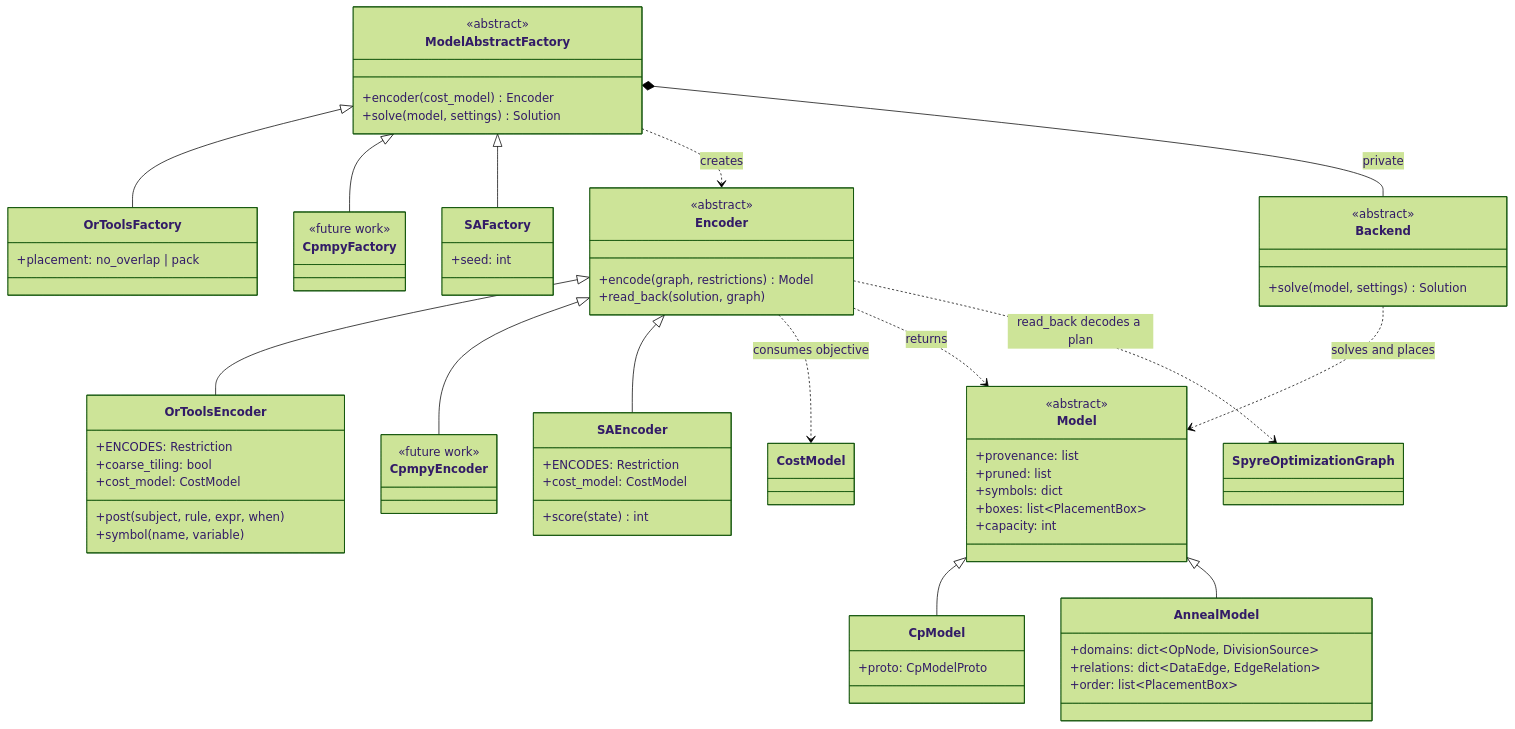
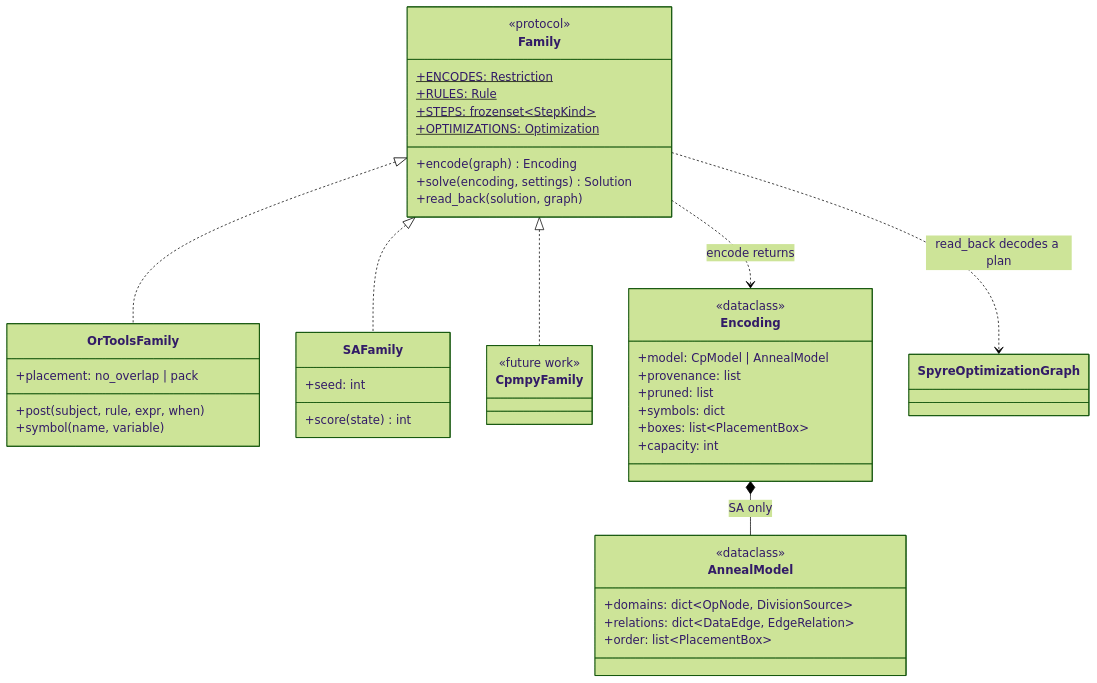
The fifth of 6 diagrams in plans/lx-allocator.md (spectre-ns/spyre-roadmap), drawn with Mermaid (forest theme) before and after one commit. The commit also changed other lines of this file, not shown here.

````diff
--- a/plans/lx-allocator.md
+++ b/plans/lx-allocator.md
@@ -400,76 +390,50 @@
 ```mermaid
 classDiagram
     direction TB
 
-    class ModelAbstractFactory {
-        <<abstract>>
-        +encoder(cost_model) Encoder
-        +solve(model, settings) Solution
-    }
-    class OrToolsFactory {
-        +placement: no_overlap | pack
-    }
-    class CpmpyFactory {
-        <<future work>>
-    }
-    class SAFactory {
-        +seed: int
-    }
-    class Backend {
-        <<abstract>>
-        +solve(model, settings) Solution
-    }
-    class Encoder {
-        <<abstract>>
-        +encode(graph, restrictions) Model
+    class Family {
+        <<protocol>>
+        +ENCODES: Restriction$
+        +RULES: Rule$
+        +STEPS: frozenset~StepKind~$
+        +OPTIMIZATIONS: Optimization$
+        +encode(graph) Encoding
+        +solve(encoding, settings) Solution
         +read_back(solution, graph)
     }
-    class OrToolsEncoder {
-        +ENCODES: Restriction
-        +coarse_tiling: bool
-        +cost_model: CostModel
+    class OrToolsFamily {
+        +placement: no_overlap | pack
         +post(subject, rule, expr, when)
         +symbol(name, variable)
     }
-    class CpmpyEncoder {
+    class SAFamily {
+        +seed: int
+        +score(state) int
+    }
+    class CpmpyFamily {
         <<future work>>
     }
-    class SAEncoder {
-        +ENCODES: Restriction
-        +cost_model: CostModel
-        +score(state) int
-    }
-    class Model {
-        <<abstract>>
+    class Encoding {
+        <<dataclass>>
+        +model: CpModel | AnnealModel
         +provenance: list
         +pruned: list
         +symbols: dict
         +boxes: list~PlacementBox~
         +capacity: int
     }
-    class CpModel {
-        +proto: CpModelProto
-    }
     class AnnealModel {
+        <<dataclass>>
         +domains: dict~OpNode, DivisionSource~
         +relations: dict~DataEdge, EdgeRelation~
         +order: list~PlacementBox~
     }
-    class CostModel
     class SpyreOptimizationGraph
 
-    ModelAbstractFactory <|-- OrToolsFactory
-    ModelAbstractFactory <|-- CpmpyFactory
-    ModelAbstractFactory <|-- SAFactory
-    ModelAbstractFactory ..> Encoder : creates
-    ModelAbstractFactory *-- Backend : private
-    Encoder <|-- OrToolsEncoder
-    Encoder <|-- CpmpyEncoder
-    Encoder <|-- SAEncoder
-    Encoder ..> CostModel : consumes objective
-    Encoder ..> Model : returns
-    Model <|-- CpModel
-    Model <|-- AnnealModel
-    Encoder ..> SpyreOptimizationGraph : read_back decodes a plan
-    Backend ..> Model : solves and places
+    Family <|.. OrToolsFamily
+    Family <|.. SAFamily
+    Family <|.. CpmpyFamily
+    Family ..> Encoding : encode returns
+    Encoding *-- AnnealModel : SA only
+    Family ..> SpyreOptimizationGraph : read_back decodes a plan
 ```
````
